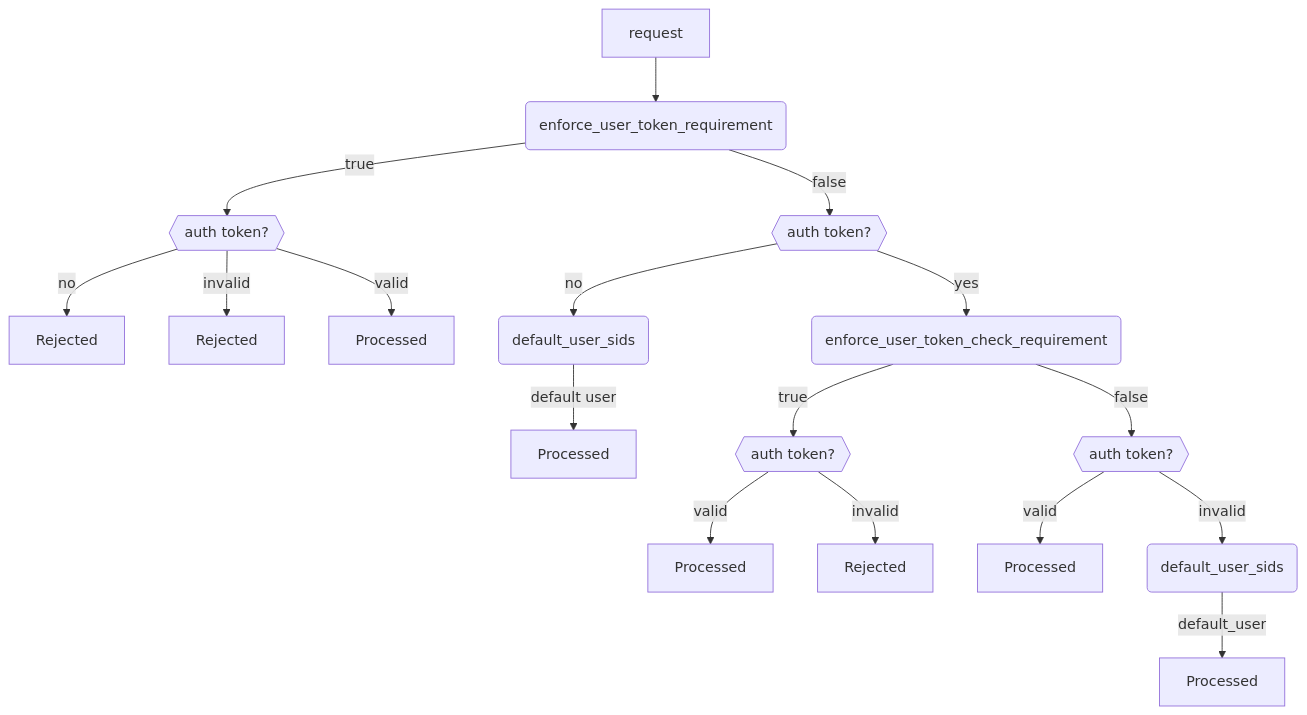
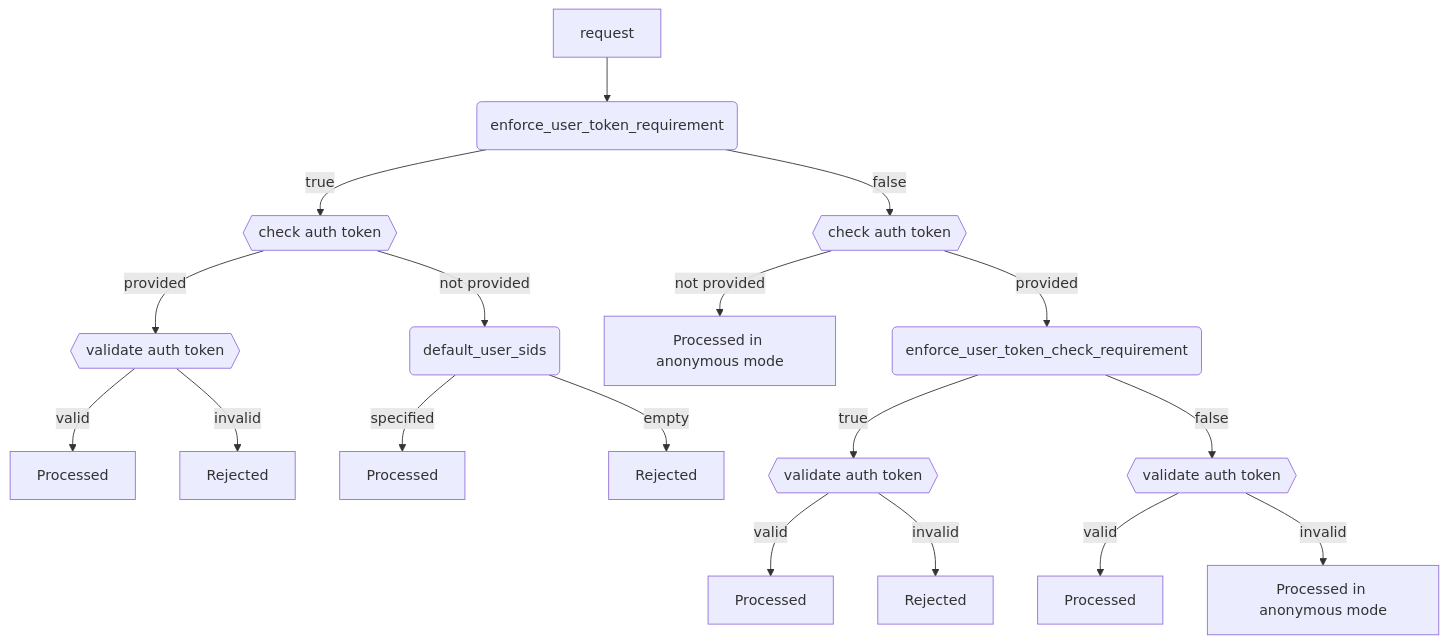
The diagram in ydb/docs/en/core/reference/configuration/security_config.md (ydb-platform/ydb), drawn with Mermaid before and after one commit. The commit also changed 1 other file, not shown here.

Commit message:
Updated the diagram

````diff
--- a/ydb/docs/en/core/reference/configuration/security_config.md
+++ b/ydb/docs/en/core/reference/configuration/security_config.md
@@ -87,29 +87,32 @@
 ```mermaid
 flowchart TD
     request --> enforce
 
-    enforce  --> |true| q1{{auth token?}}
+    enforce  --> |true| q1{{check auth token}}
 
-        q1 --> |no| r1[Rejected]
-        q1 --> |invalid| r2[Rejected]
-        q1 --> |valid| r3[Processed]
+        q1 --> |provided| q11{{validate auth token}}
 
-    enforce  --> |false| auth-token{{auth token?}}
+            q11 --> |valid| p[Processed]
+            q11 --> |invalid| r[Rejected]
 
-        auth-token --> |no| default
-            default --> |default user| anonym[Processed]
-        auth-token --> |yes| check
+        q1 --> |not provided| default
 
-            check --> |true| q2{{auth token?}}
+        default --> |specified| r2[Processed]
+        default --> |empty| r3[Rejected]
+
+    enforce  --> |false| auth-token{{check auth token}}
+
+        auth-token --> |not provided| anonym[Processed in anonymous mode]
+        auth-token --> |provided| check
+
+            check --> |true| q2{{validate auth token}}
                 q2 --> |valid| r4[Processed]
                 q2 --> |invalid| r5[Rejected]
-            check --> |false| q3{{auth token?}}
+            check --> |false| q3{{validate auth token}}
                 q3 --> |valid| r6[Processed]
-                q3 --> |invalid| default2
-                default2 --> |default_user| r7[Processed]
+                q3 --> |invalid| r7[Processed in anonymous mode]
 
 default(default_user_sids)
-default2(default_user_sids)
 enforce(enforce_user_token_requirement)
 check(enforce_user_token_check_requirement)
 ```
````
